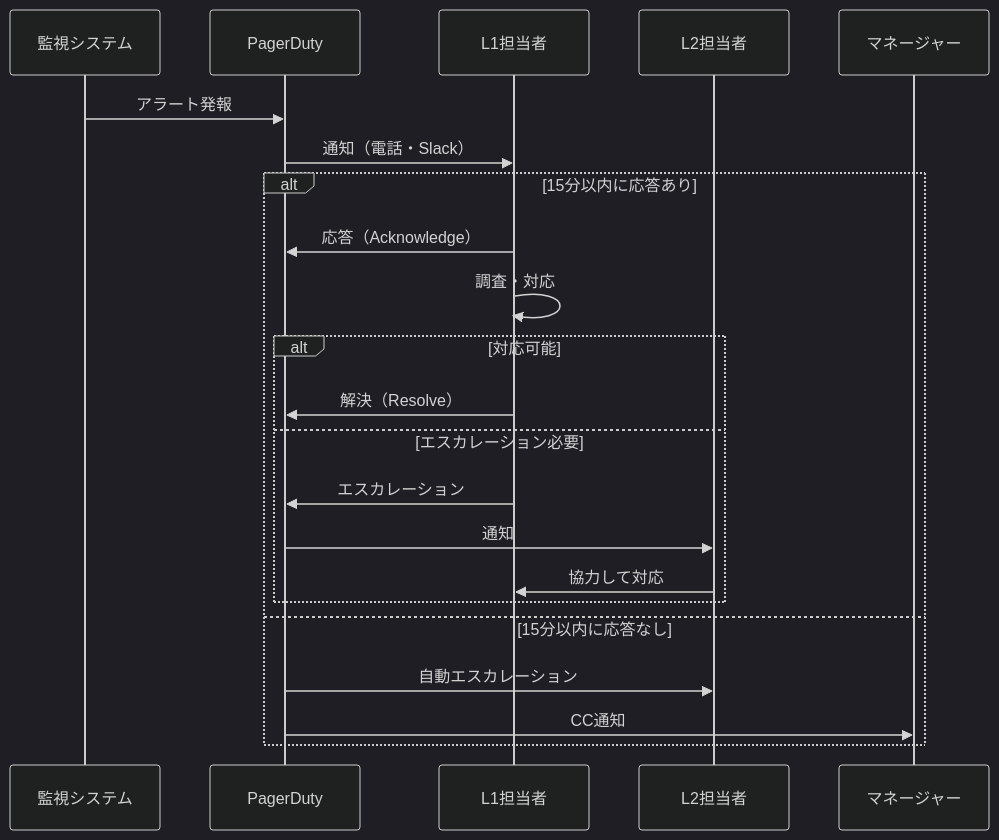
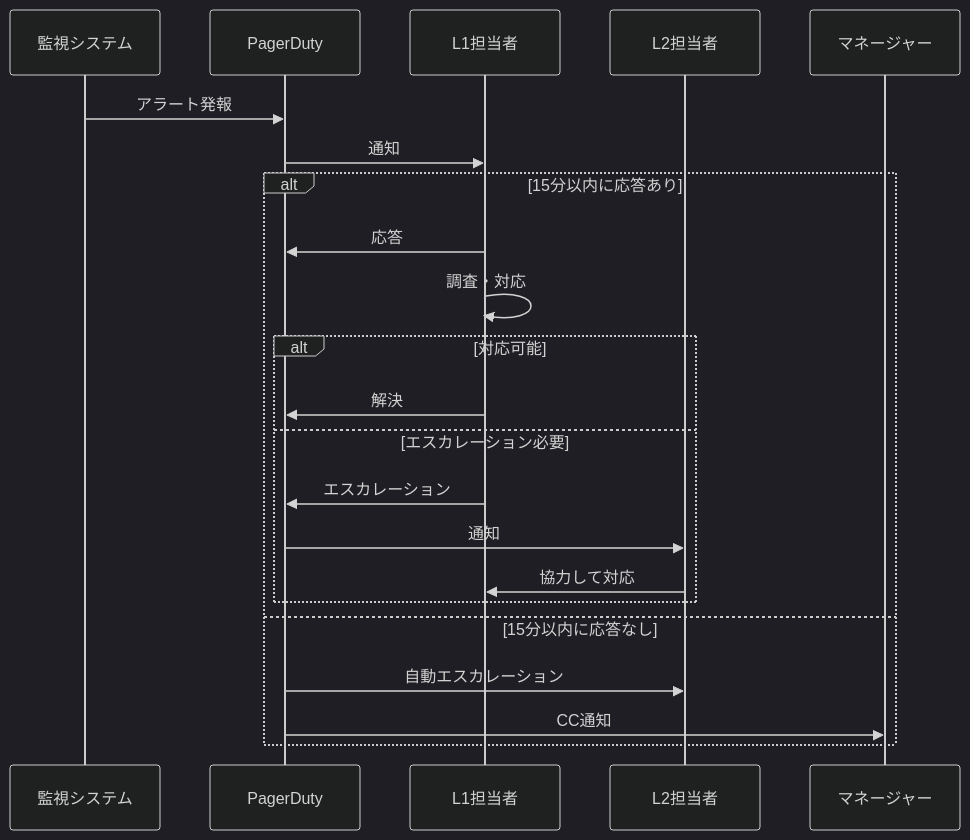
The fifth of 13 diagrams in docs/mermaid-showcase.md (forsteri/docs), drawn with Mermaid (dark theme) before and after one commit. The commit also changed other lines of this file, not shown here.

Commit message:
Mermaidダイアグラムの構成を改善し、サブグラフの名称を明確化。APIパターンやGitブランチ戦略の図を更新。

````diff
--- a/docs/mermaid-showcase.md
+++ b/docs/mermaid-showcase.md
@@ -138,26 +146,26 @@
 ```mermaid
 sequenceDiagram
     participant Monitor as 監視システム
     participant PD as PagerDuty
     participant L1 as L1担当者
     participant L2 as L2担当者
     participant Manager as マネージャー
 
     Monitor->>PD: アラート発報
-    PD->>L1: 通知（電話・Slack）
+    PD->>L1: 通知
     
     alt 15分以内に応答あり
-        L1->>PD: 応答（Acknowledge）
+        L1->>PD: 応答
         L1->>L1: 調査・対応
         alt 対応可能
-            L1->>PD: 解決（Resolve）
+            L1->>PD: 解決
         else エスカレーション必要
             L1->>PD: エスカレーション
             PD->>L2: 通知
             L2->>L1: 協力して対応
         end
     else 15分以内に応答なし
         PD->>L2: 自動エスカレーション
         PD->>Manager: CC通知
     end
 ```
````
